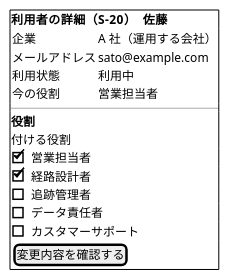
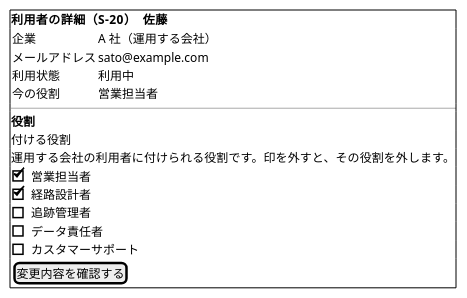
Diagram 24 of 36 in docs/design/cargo-tracker/ui_design.md (k2works/practical-domain-driven-design-in-enterpris-application), drawn with PlantUML before and after one commit. The commit also changed other lines of this file and 20 other files, not shown here.

````diff
--- a/docs/design/cargo-tracker/ui_design.md
+++ b/docs/design/cargo-tracker/ui_design.md
@@ -1096,22 +1096,23 @@
 ```plantuml
 @startsalt
 {+
   <b>利用者の詳細（S-20）　佐藤
   {
     企業 | A 社（運用する会社）
     メールアドレス | sato@example.com
     利用状態 | 利用中
     今の役割 | 営業担当者
   }
   ---
   <b>役割
   付ける役割
+  運用する会社の利用者に付けられる役割です。印を外すと、その役割を外します。
   [X] 営業担当者
   [X] 経路設計者
   [ ] 追跡管理者
   [ ] データ責任者
   [ ] カスタマーサポート
   { [ 変更内容を確認する ] }
 }
 @endsalt
 ```
````
